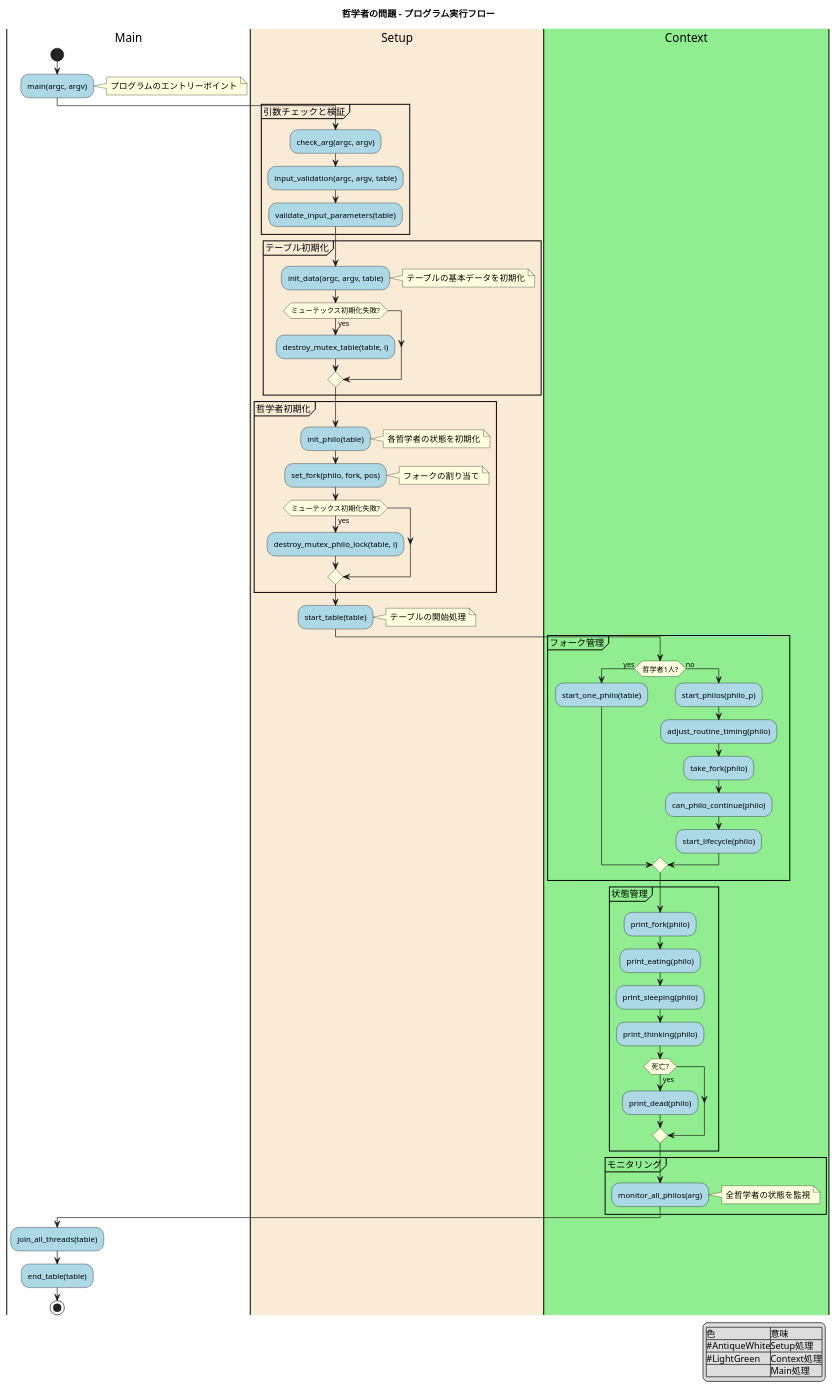
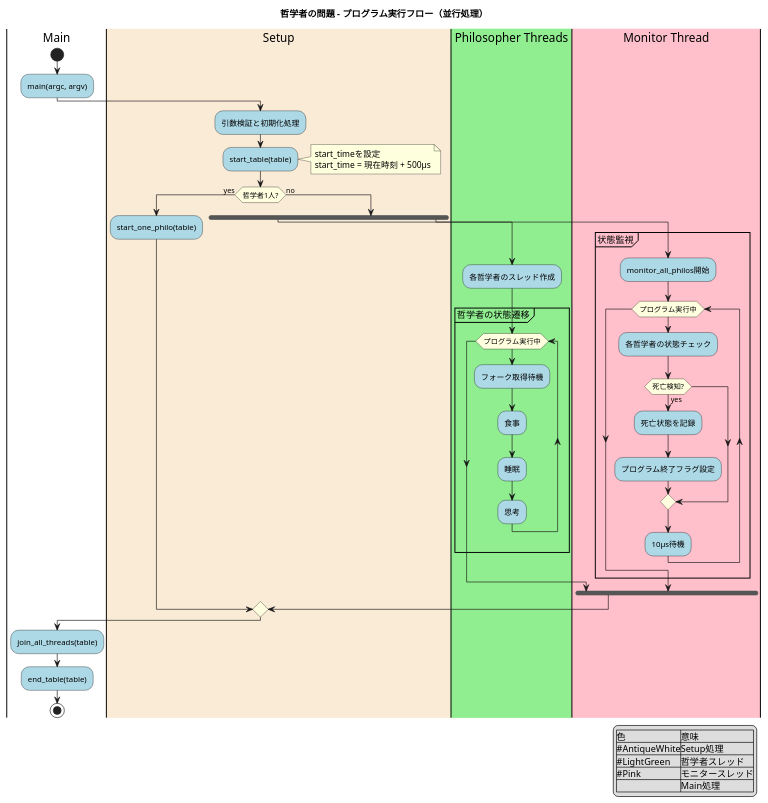
The diagram in 00_philo.pu (tokochiz/Philosophers), drawn with PlantUML before and after one commit.

```diff
--- a/00_philo.pu
+++ b/00_philo.pu
@@ -1,84 +1,68 @@
 @startuml
 skinparam {
     DefaultFontName MS Gothic
     ActivityBackgroundColor LightBlue
     ActivityBorderColor Black
     ActivityDiamondBackgroundColor LightYellow
 }
 
-title 哲学者の問題 - プログラム実行フロー
+title 哲学者の問題 - プログラム実行フロー（並行処理）
 
 |Main|
 start
 :main(argc, argv);
-note right: プログラムのエントリーポイント
 
 |#AntiqueWhite|Setup|
-partition "引数チェックと検証" {
-    :check_arg(argc, argv);
-    :input_validation(argc, argv, table);
-    :validate_input_parameters(table);
-}
-
-partition "テーブル初期化" {
-    :init_data(argc, argv, table);
-    note right: テーブルの基本データを初期化
-    if (ミューテックス初期化失敗?) then (yes)
-        :destroy_mutex_table(table, i);
-    endif
-}
-
-partition "哲学者初期化" {
-    :init_philo(table);
-    note right: 各哲学者の状態を初期化
-    :set_fork(philo, fork, pos);
-    note right: フォークの割り当て
-    if (ミューテックス初期化失敗?) then (yes)
-        :destroy_mutex_philo_lock(table, i);
-    endif
-}
+:引数検証と初期化処理;
 
 :start_table(table);
-note right: テーブルの開始処理
+note right
+  start_timeを設定
+  start_time = 現在時刻 + 500μs
+end note
 
-|#LightGreen|Context|
-partition "フォーク管理" {
-    if (哲学者1人?) then (yes)
-        :start_one_philo(table);
-    else (no)
-        :start_philos(philo_p);
-        :adjust_routine_timing(philo);
-        :take_fork(philo);
-        :can_philo_continue(philo);
-        :start_lifecycle(philo);
-    endif
-}
-
-partition "状態管理" {
-    :print_fork(philo);
-    :print_eating(philo);
-    :print_sleeping(philo);
-    :print_thinking(philo);
-    if (死亡?) then (yes)
-        :print_dead(philo);
-    endif
-}
-
-partition "モニタリング" {
-    :monitor_all_philos(arg);
-    note right: 全哲学者の状態を監視
-}
+if (哲学者1人?) then (yes)
+    :start_one_philo(table);
+else (no)
+    fork
+        |#LightGreen|Philosopher Threads|
+        :各哲学者のスレッド作成;
+        partition "哲学者の状態遷移" {
+            while (プログラム実行中)
+                :フォーク取得待機;
+                :食事;
+                :睡眠;
+                :思考;
+            endwhile
+        }
+        
+    fork again
+        |#Pink|Monitor Thread|
+        partition "状態監視" {
+            :monitor_all_philos開始;
+            while (プログラム実行中)
+                :各哲学者の状態チェック;
+                if (死亡検知?) then (yes)
+                    :死亡状態を記録;
+                    :プログラム終了フラグ設定;
+                endif
+                :10μs待機;
+            endwhile
+        }
+    end fork
+endif
 
 |Main|
 :join_all_threads(table);
 :end_table(table);
 stop
 
 legend right
     |色|意味|
     |#AntiqueWhite|Setup処理|
-    |#LightGreen|Context処理|
+    |#LightGreen|哲学者スレッド|
+    |#Pink|モニタースレッド|
     |= |Main処理|
 endlegend
 
 @enduml
```
